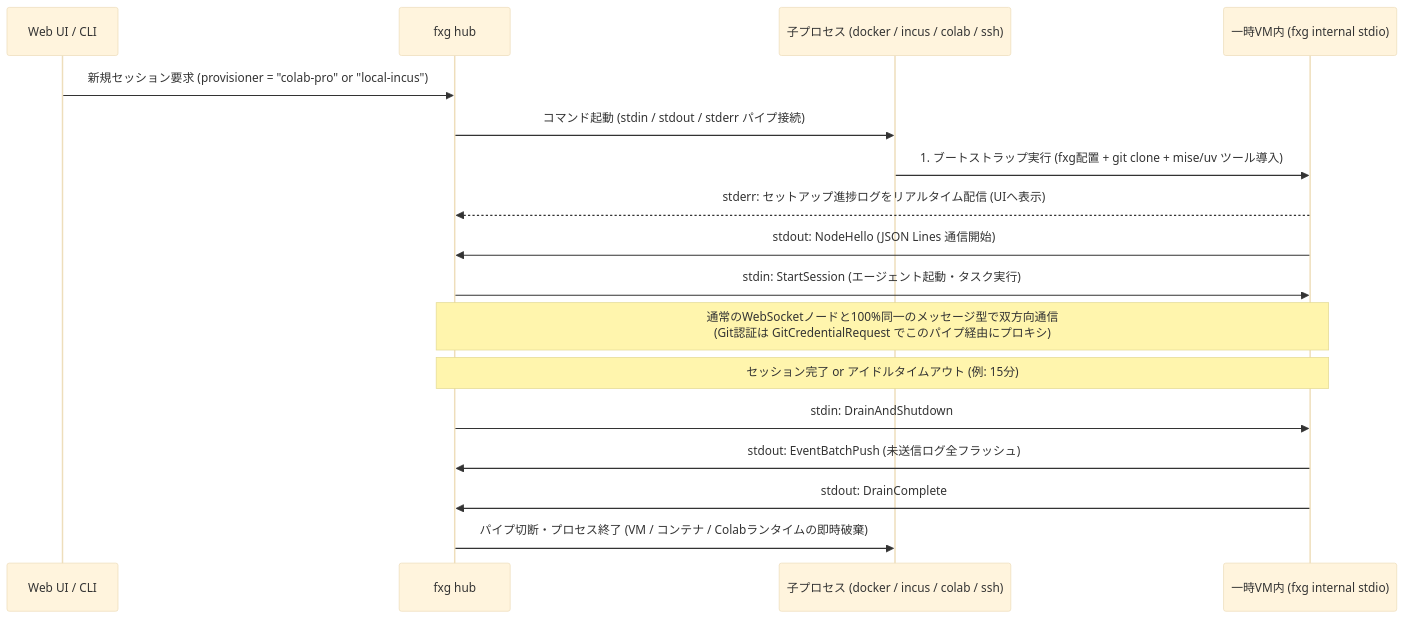
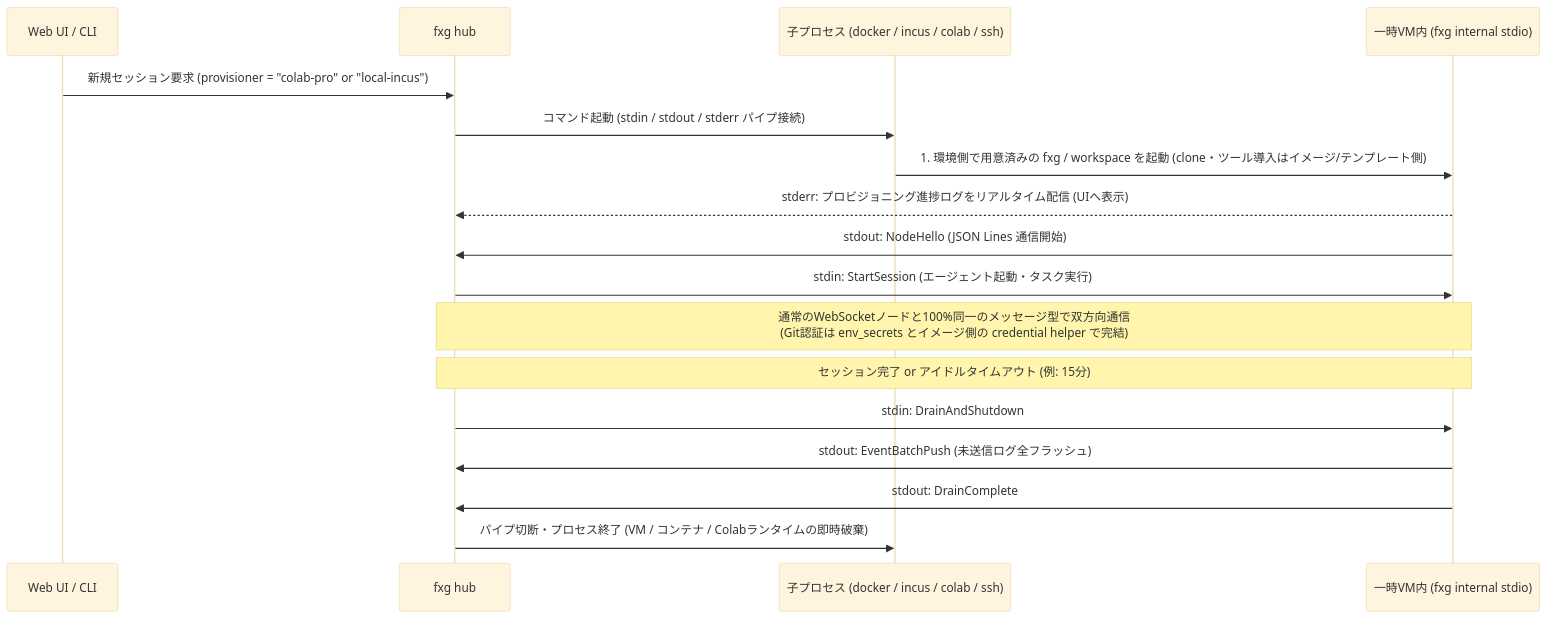
One commit to nazo6/flexagent changed the third of 3 diagrams in docs/01-architecture-and-sync.md. Above: the diagram before and after it, drawn with Mermaid (base theme). The commit also changed other lines of this file and 7 other files, not shown here.

````diff
--- a/docs/01-architecture-and-sync.md
+++ b/docs/01-architecture-and-sync.md
@@ -378,20 +388,20 @@
 ```mermaid
 sequenceDiagram
     participant UI as Web UI / CLI
     participant Hub as fxg hub
     participant Child as 子プロセス (docker / incus / colab / ssh)
     participant Eph as 一時VM内 (fxg internal stdio)
 
     UI->>Hub: 新規セッション要求 (provisioner = "colab-pro" or "local-incus")
     Hub->>Child: コマンド起動 (stdin / stdout / stderr パイプ接続)
-    Child->>Eph: 1. ブートストラップ実行 (fxg配置 + git clone + mise/uv ツール導入)
-    Eph-->>Hub: stderr: セットアップ進捗ログをリアルタイム配信 (UIへ表示)
+    Child->>Eph: 1. 環境側で用意済みの fxg / workspace を起動 (clone・ツール導入はイメージ/テンプレート側)
+    Eph-->>Hub: stderr: プロビジョニング進捗ログをリアルタイム配信 (UIへ表示)
     Eph->>Hub: stdout: NodeHello (JSON Lines 通信開始)
     Hub->>Eph: stdin: StartSession (エージェント起動・タスク実行)
-    Note over Hub,Eph: 通常のWebSocketノードと100%同一のメッセージ型で双方向通信<br/>(Git認証は GitCredentialRequest でこのパイプ経由にプロキシ)
+    Note over Hub,Eph: 通常のWebSocketノードと100%同一のメッセージ型で双方向通信<br/>(Git認証は env_secrets とイメージ側の credential helper で完結)
     Note over Hub,Eph: セッション完了 or アイドルタイムアウト (例: 15分)
     Hub->>Eph: stdin: DrainAndShutdown
     Eph->>Hub: stdout: EventBatchPush (未送信ログ全フラッシュ)
     Eph->>Hub: stdout: DrainComplete
     Hub->>Child: パイプ切断・プロセス終了 (VM / コンテナ / Colabランタイムの即時破棄)
 ```
````
